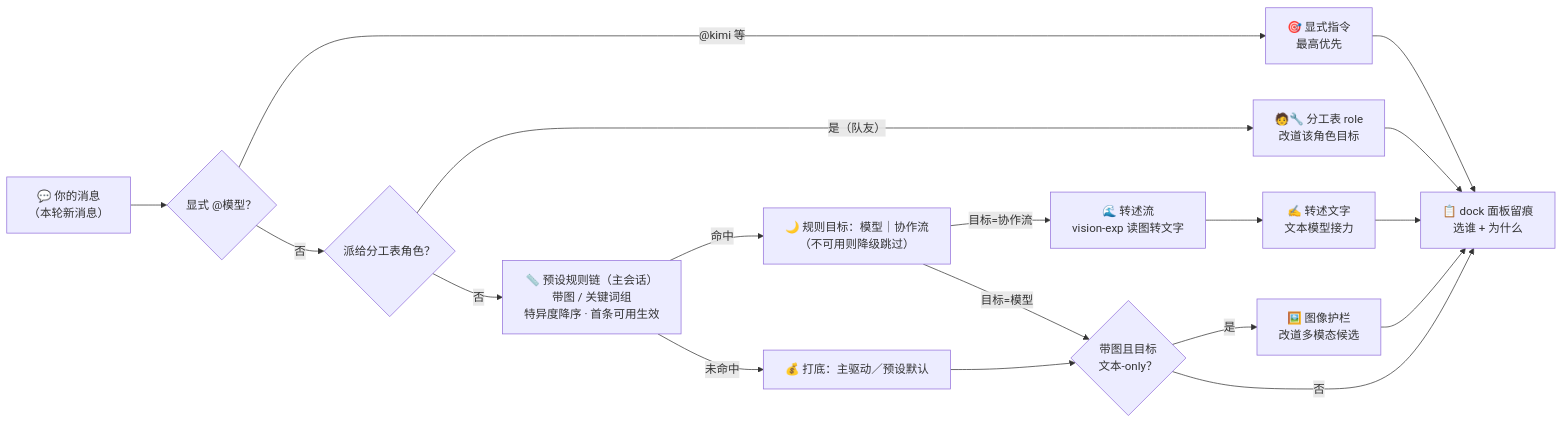
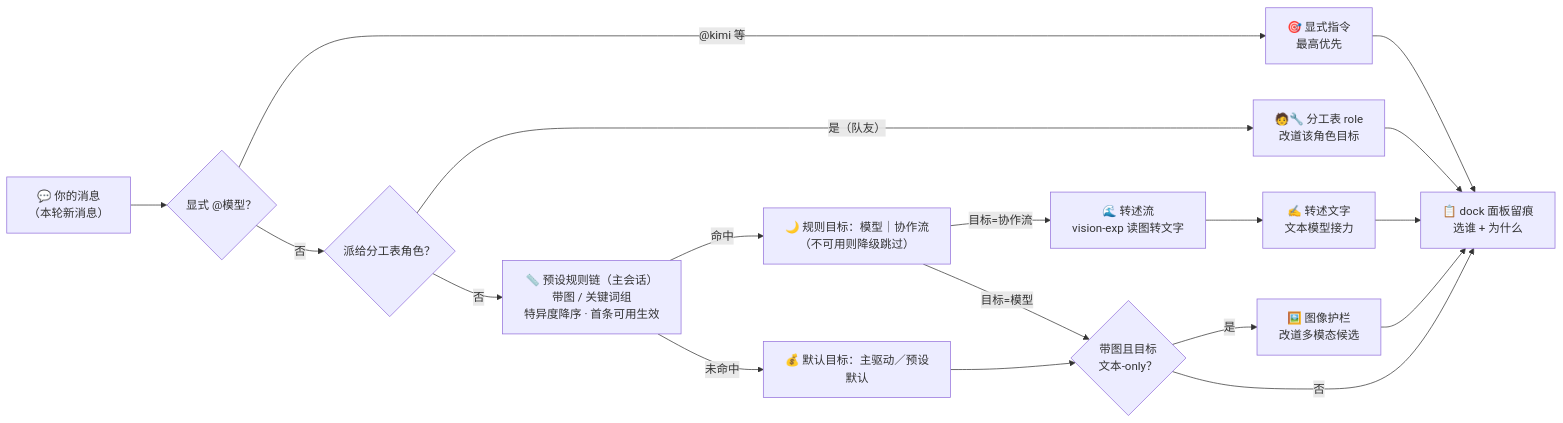
One commit to tafcear/kimi-tide changed the diagram in README.md. Above: the diagram before and after it, drawn with Mermaid. The commit also changed other lines of this file and 47 other files, not shown here.

````diff
--- a/README.md
+++ b/README.md
@@ -63,20 +63,20 @@
 ```mermaid
 flowchart LR
     A["💬 你的消息<br>（本轮新消息）"] --> B{"显式 @模型？"}
     B -- "@kimi 等" --> H["🎯 显式指令<br>最高优先"]
     B -- 否 --> R{"派给分工表角色？"}
     R -- "是（队友）" --> S["🧑🔧 分工表 role<br>改道该角色目标"]
     R -- 否 --> C["📏 预设规则链（主会话）<br>带图 / 关键词组<br>特异度降序 · 首条可用生效"]
     C -- 命中 --> D["🌙 规则目标：模型｜协作流<br>（不可用则降级跳过）"]
-    C -- 未命中 --> E["💰 打底：主驱动／预设默认"]
+    C -- 未命中 --> E["💰 默认目标：主驱动／预设默认"]
     H --> J
     S --> J
     D -- "目标=协作流" --> T["🌊 转述流<br>vision-exp 读图转文字"]
     D -- "目标=模型" --> F
     E --> F{"带图且目标<br>文本-only？"}
     T --> K["✍️ 转述文字<br>文本模型接力"]
     F -- 是 --> G["🖼️ 图像护栏<br>改道多模态候选"]
     F -- 否 --> J["📋 dock 面板留痕<br>选谁 + 为什么"]
     G --> J
     K --> J
 ```
````
